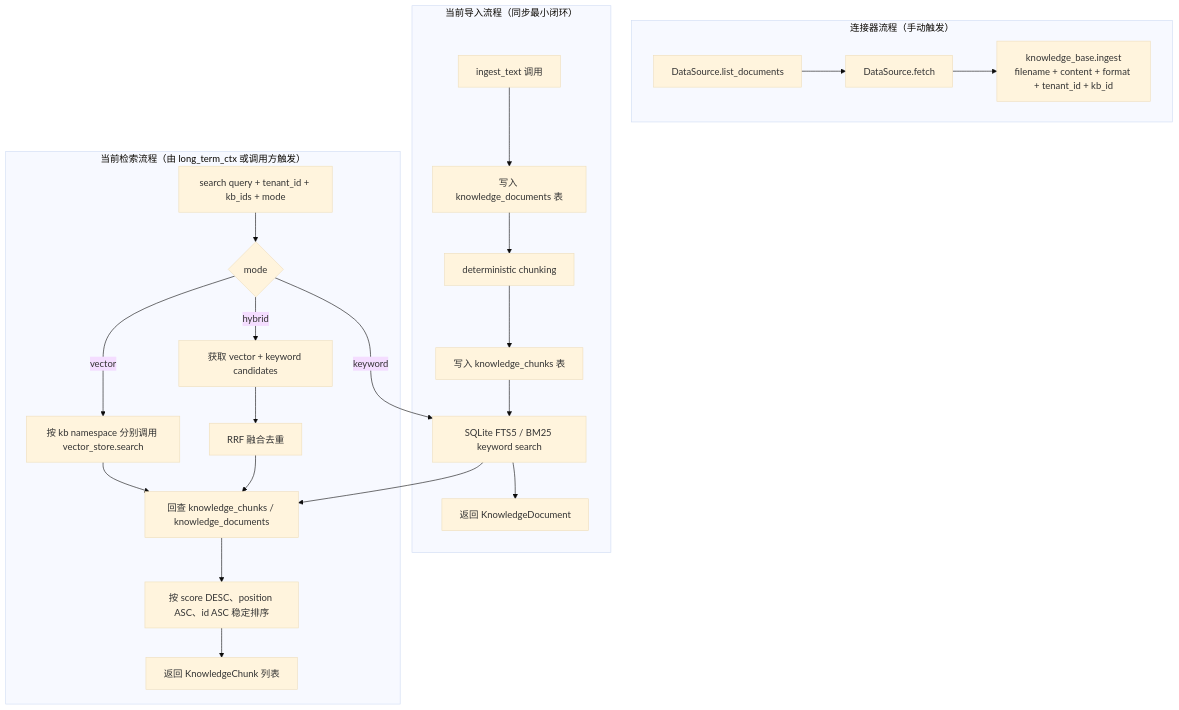
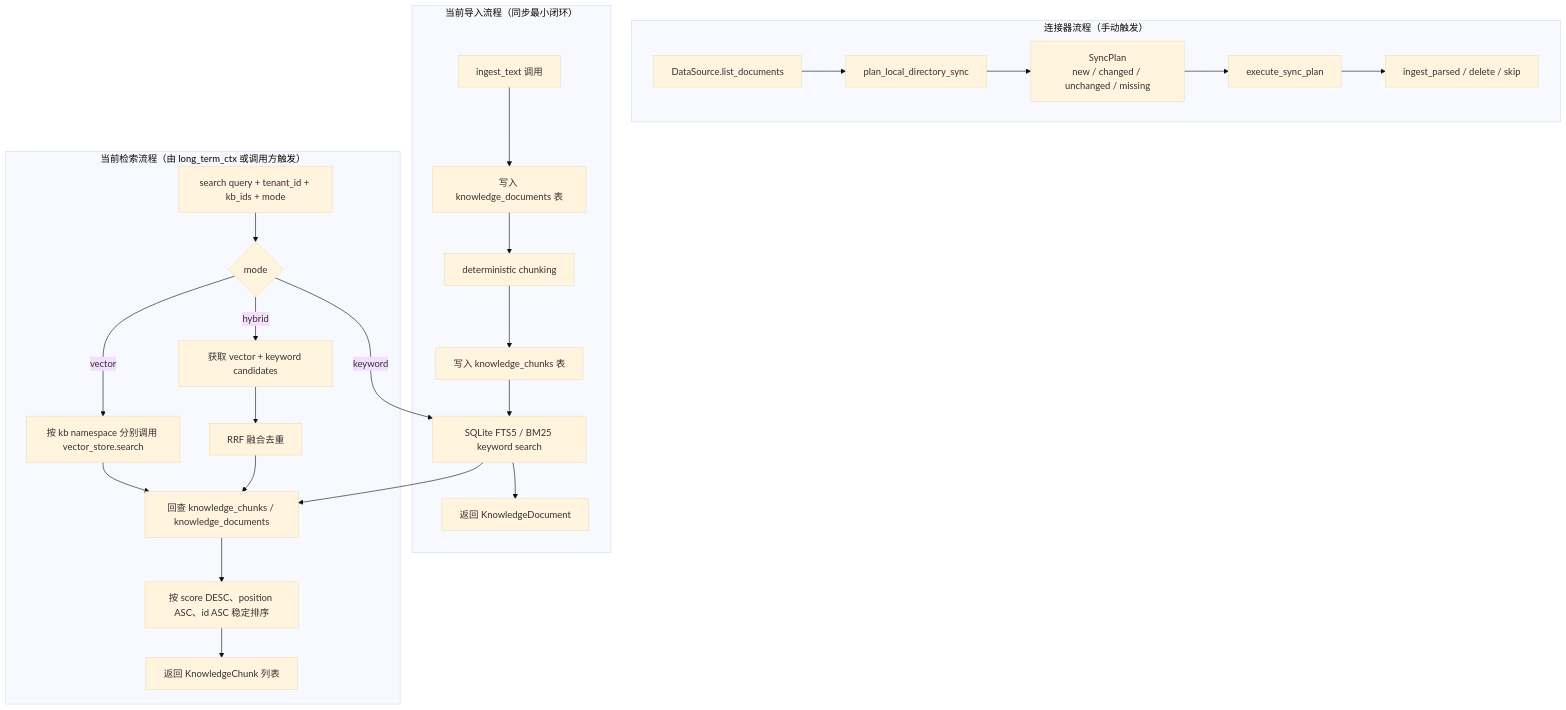
One commit to Summy2104/fleetent changed the diagram in docs/capabilities/knowledge-base.md. Above: the diagram before and after it, drawn with Mermaid (base theme). The commit also changed other lines of this file and 11 other files, not shown here.

Commit message:
feat(knowledge-base): add sync planner

````diff
--- a/docs/capabilities/knowledge-base.md
+++ b/docs/capabilities/knowledge-base.md
@@ -27,29 +27,31 @@
 ```mermaid
 flowchart TD
     subgraph connector["连接器流程（手动触发）"]
-        C1[DataSource.list_documents] --> C2[DataSource.fetch]
-        C2 --> C3[knowledge_base.ingest\nfilename + content + format + tenant_id + kb_id]
+        C1[DataSource.list_documents] --> C2[plan_local_directory_sync]
+        C2 --> C3[SyncPlan\nnew / changed / unchanged / missing]
+        C3 --> C4[execute_sync_plan]
+        C4 --> C5[ingest_parsed / delete / skip]
     end
 
     subgraph ingest["当前导入流程（同步最小闭环）"]
         A[ingest_text 调用] --> B[写入 knowledge_documents 表]
         B --> D[deterministic chunking]
         D --> E[写入 knowledge_chunks 表]
         E --> F[vector_store.upsert\nchunk_id + content + namespace]
         F --> C[返回 KnowledgeDocument]
     end
 
     subgraph search["当前检索流程（由 long_term_ctx 或调用方触发）"]
         K[search query + tenant_id + kb_ids + mode] --> L{mode}
         L -->|vector| V[按 kb namespace 分别调用 vector_store.search]
         L -->|keyword| F[SQLite FTS5 / BM25 keyword search]
         L -->|hybrid| H[获取 vector + keyword candidates]
         V --> M[回查 knowledge_chunks / knowledge_documents]
         F --> M
         H --> R[RRF 融合去重]
         R --> M
         M --> N[按 score DESC、position ASC、id ASC 稳定排序]
         N --> O[返回 KnowledgeChunk 列表]
     end
 
 ```
````
